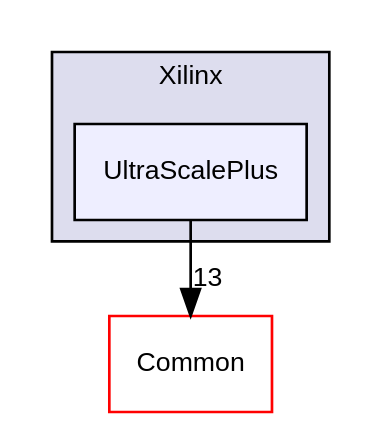
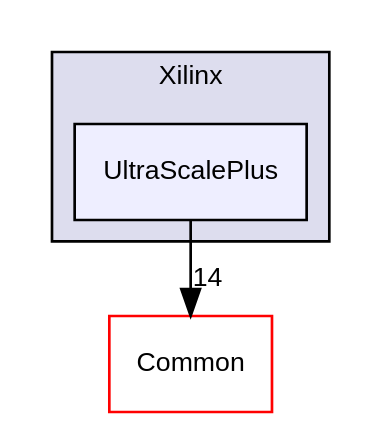
One commit to FPGA-Research-Manchester/byteman changed the diagram in dir_21f1379af401b02d6de0cd697d1b0560_dep.dot. Above: the diagram before and after it, drawn with Graphviz. The commit also changed 891 other files, not shown here.

```diff
--- a/dir_21f1379af401b02d6de0cd697d1b0560_dep.dot
+++ b/dir_21f1379af401b02d6de0cd697d1b0560_dep.dot
@@ -1,11 +1,11 @@
 digraph "src/Devices/Xilinx/UltraScalePlus" {
   compound=true
   node [ fontsize="10", fontname="Helvetica"];
   edge [ labelfontsize="10", labelfontname="Helvetica"];
   subgraph clusterdir_3b80f9b66070ce327ebd8ab923ef7ff0 {
     graph [ bgcolor="#ddddee", pencolor="black", label="Xilinx" fontname="Helvetica", fontsize="10", URL="dir_3b80f9b66070ce327ebd8ab923ef7ff0.html"]
   dir_21f1379af401b02d6de0cd697d1b0560 [shape=box, label="UltraScalePlus", style="filled", fillcolor="#eeeeff", pencolor="black", URL="dir_21f1379af401b02d6de0cd697d1b0560.html"];
   }
   dir_ba210d1fa67db7bee1bb22e0a3c11d9f [shape=box label="Common" fillcolor="white" style="filled" color="red" URL="dir_ba210d1fa67db7bee1bb22e0a3c11d9f.html"];
-  dir_21f1379af401b02d6de0cd697d1b0560->dir_ba210d1fa67db7bee1bb22e0a3c11d9f [headlabel="13", labeldistance=1.5 headhref="dir_000008_000001.html"];
+  dir_21f1379af401b02d6de0cd697d1b0560->dir_ba210d1fa67db7bee1bb22e0a3c11d9f [headlabel="14", labeldistance=1.5 headhref="dir_000008_000001.html"];
 }
```
